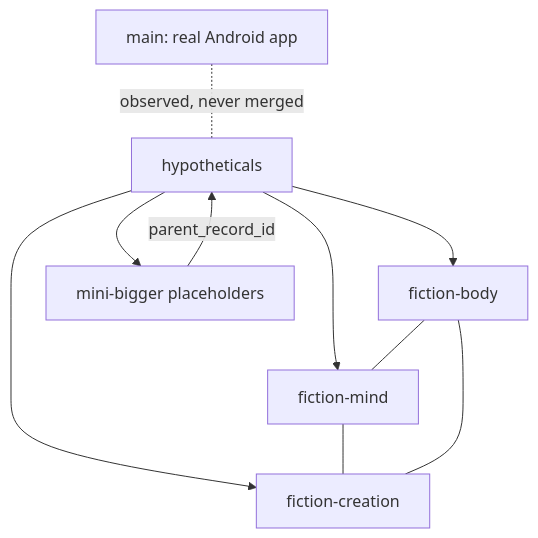
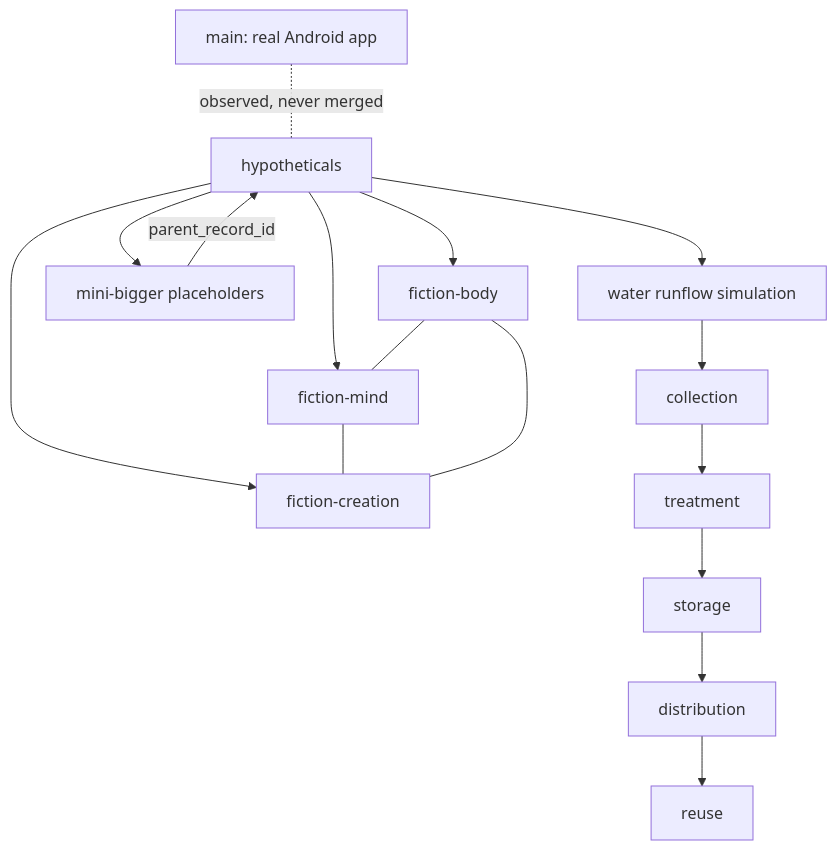
The diagram in hypotheticals/BRIDGE.md (Vanellye/CodEXgen), drawn with Mermaid before and after one commit. The commit also changed other lines of this file, not shown here.

Commit message:
Document water runflow simulation stages

````diff
--- a/hypotheticals/BRIDGE.md
+++ b/hypotheticals/BRIDGE.md
@@ -6,12 +6,18 @@
 ```mermaid
 graph TD
     main["main: real Android app"] -. "observed, never merged" .- hyp["hypotheticals"]
     hyp --> body["fiction-body"]
     hyp --> mind["fiction-mind"]
     hyp --> creation["fiction-creation"]
     hyp --> mini["mini-bigger placeholders"]
+    hyp --> water["water runflow simulation"]
     body --- mind
     mind --- creation
     creation --- body
     mini -->|parent_record_id| hyp
+    water --> collect["collection"]
+    collect --> treat["treatment"]
+    treat --> store["storage"]
+    store --> distribute["distribution"]
+    distribute --> reuse["reuse"]
 ```
````
